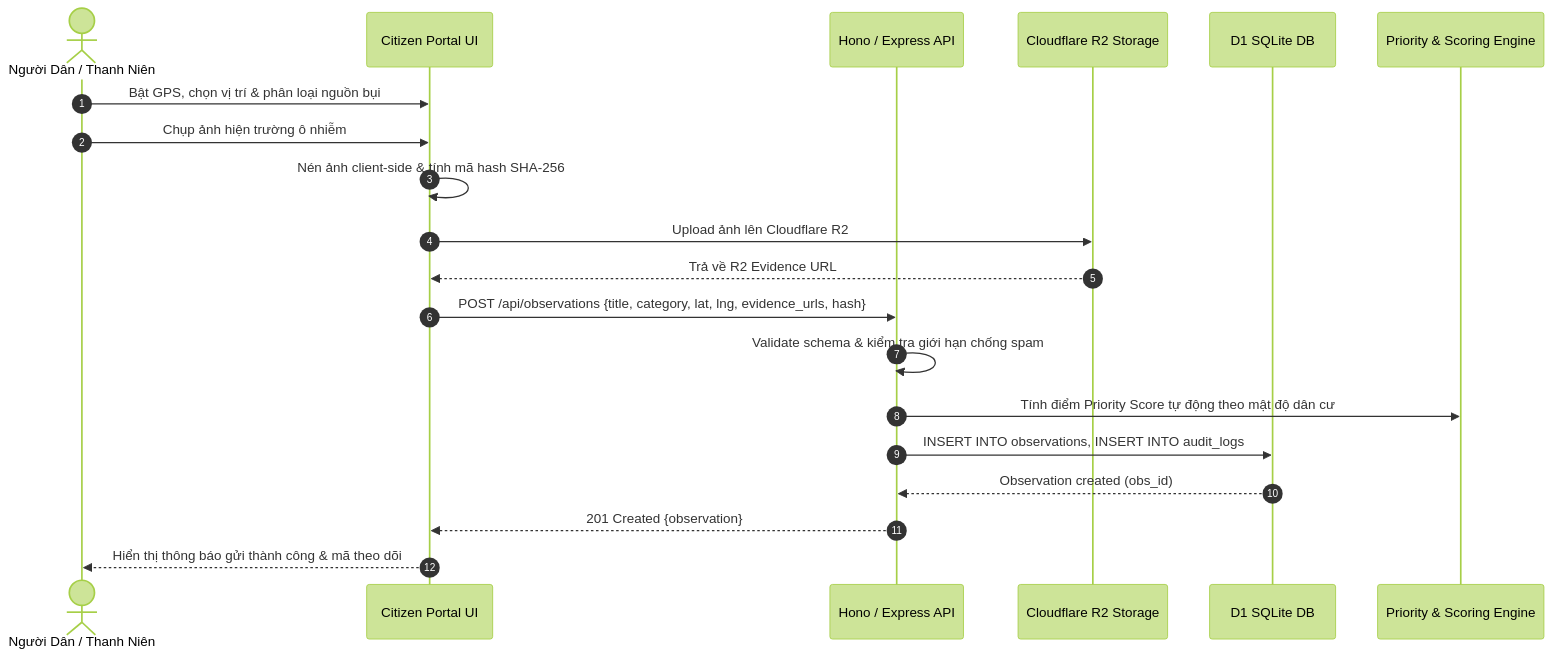
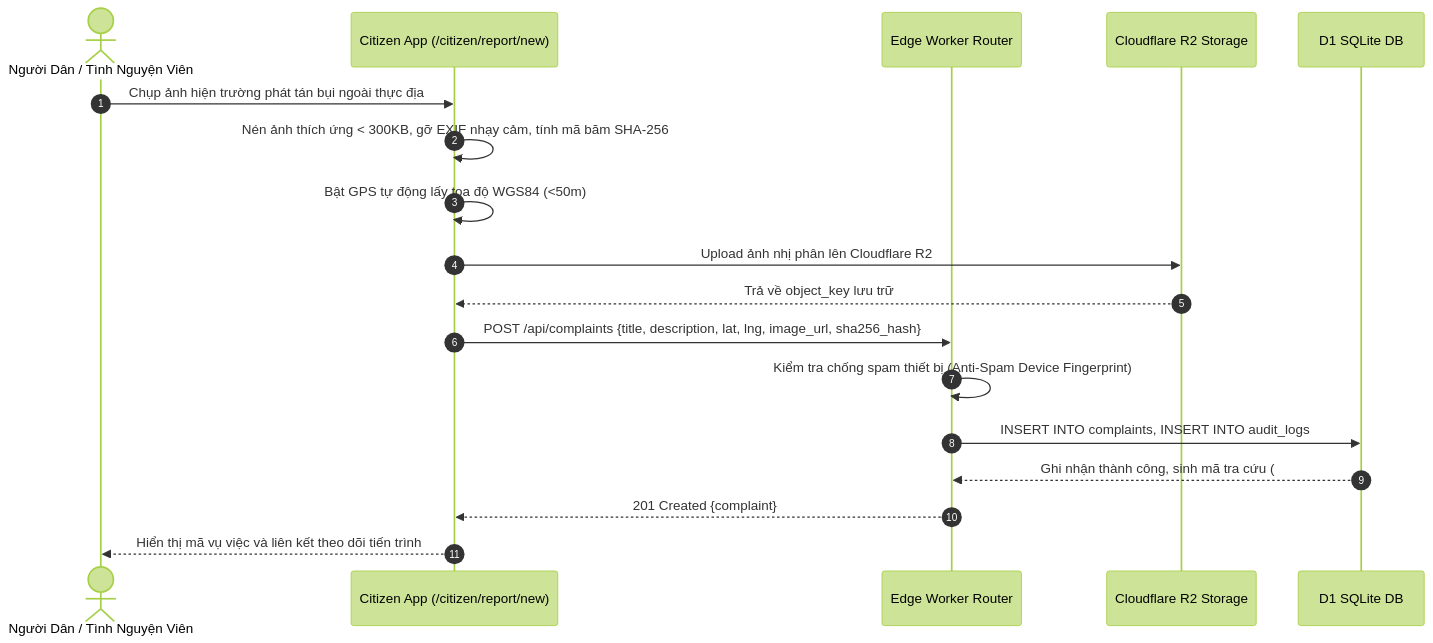
The first of 6 diagrams in .agents/ssot/USER_FLOWS.md (26730023-PhamPhuNguyenHung/unicef-dustguard), drawn with Mermaid (forest theme) before and after one commit. The commit also changed other lines of this file and 6 other files, not shown here.

````diff
--- a/.agents/ssot/USER_FLOWS.md
+++ b/.agents/ssot/USER_FLOWS.md
@@ -10,23 +11,21 @@
 ```mermaid
 sequenceDiagram
     autonumber
-    actor Citizen as Người Dân / Thanh Niên
-    participant UI as Citizen Portal UI
-    participant API as Hono / Express API
+    actor Citizen as Người Dân / Tình Nguyện Viên
+    participant UI as Citizen App (/citizen/report/new)
+    participant API as Edge Worker Router
     participant R2 as Cloudflare R2 Storage
     participant D1 as D1 SQLite DB
-    participant Engine as Priority & Scoring Engine
 
-    Citizen->>UI: Bật GPS, chọn vị trí & phân loại nguồn bụi
-    Citizen->>UI: Chụp ảnh hiện trường ô nhiễm
-    UI->>UI: Nén ảnh client-side & tính mã hash SHA-256
-    UI->>R2: Upload ảnh lên Cloudflare R2
-    R2-->>UI: Trả về R2 Evidence URL
-    UI->>API: POST /api/observations {title, category, lat, lng, evidence_urls, hash}
-    API->>API: Validate schema & kiểm tra giới hạn chống spam
-    API->>Engine: Tính điểm Priority Score tự động theo mật độ dân cư
-    API->>D1: INSERT INTO observations, INSERT INTO audit_logs
-    D1-->>API: Observation created (obs_id)
-    API-->>UI: 201 Created {observation}
-    UI-->>Citizen: Hiển thị thông báo gửi thành công & mã theo dõi
+    Citizen->>UI: Chụp ảnh hiện trường phát tán bụi ngoài thực địa
+    UI->>UI: Nén ảnh thích ứng < 300KB, gỡ EXIF nhạy cảm, tính mã băm SHA-256
+    UI->>UI: Bật GPS tự động lấy tọa độ WGS84 (<50m)
+    UI->>R2: Upload ảnh nhị phân lên Cloudflare R2
+    R2-->>UI: Trả về object_key lưu trữ
+    UI->>API: POST /api/complaints {title, description, lat, lng, image_url, sha256_hash}
+    API->>API: Kiểm tra chống spam thiết bị (Anti-Spam Device Fingerprint)
+    API->>D1: INSERT INTO complaints, INSERT INTO audit_logs
+    D1-->>API: Ghi nhận thành công, sinh mã tra cứu (#DG-2026-XXXX)
+    API-->>UI: 201 Created {complaint}
+    UI-->>Citizen: Hiển thị mã vụ việc và liên kết theo dõi tiến trình
 ```
````
